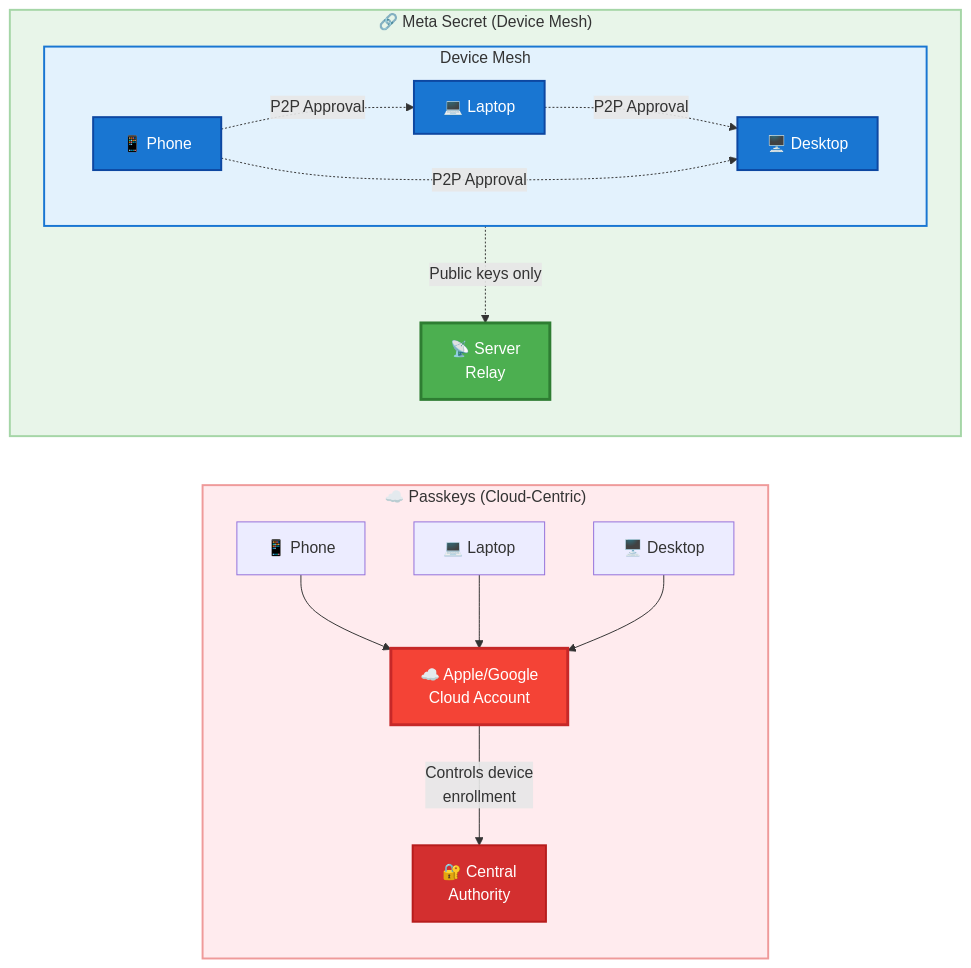
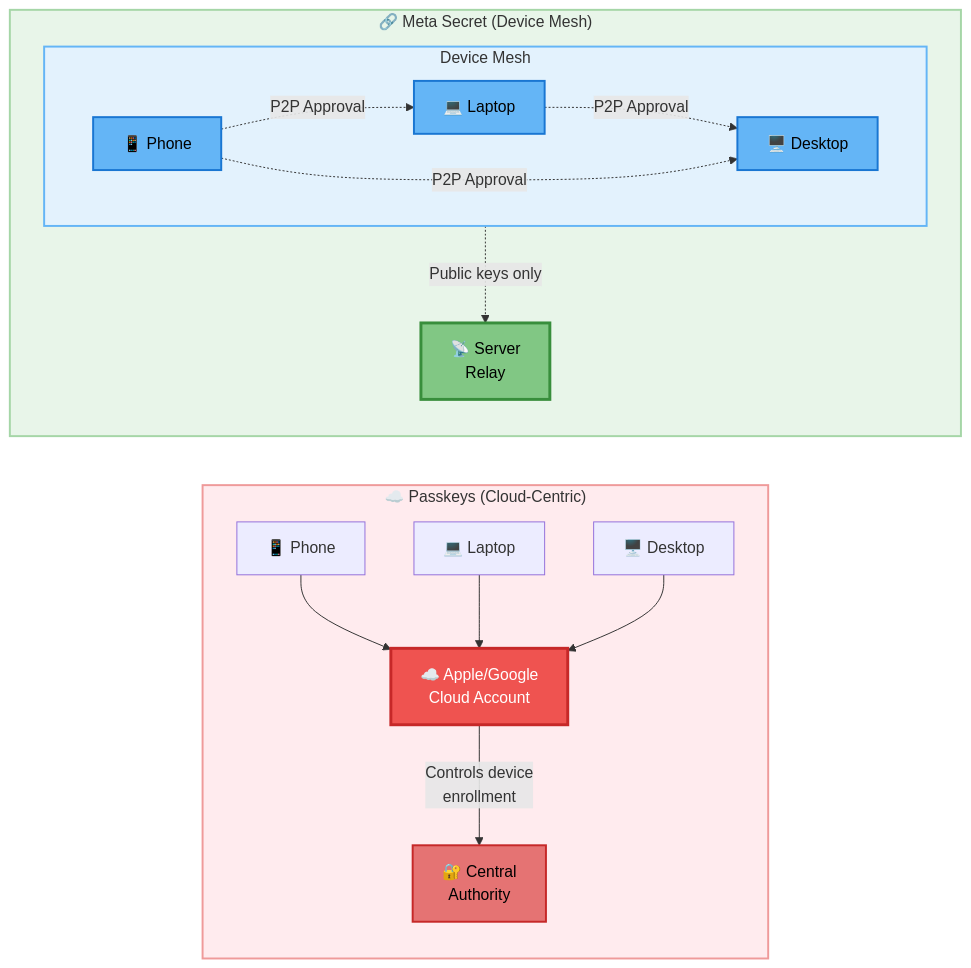
Before and after one commit to meta-secret/meta-secret-core: the third of 12 diagrams in docs/meta-secret-technical-presentation.md, drawn with Mermaid. The commit also changed other lines of this file, not shown here.

````diff
--- a/docs/meta-secret-technical-presentation.md
+++ b/docs/meta-secret-technical-presentation.md
@@ -261,38 +261,38 @@
 ```mermaid
 flowchart LR
     subgraph PASSKEY["☁️ Passkeys (Cloud-Centric)"]
         direction TB
         PA[📱 Phone] --> CLOUD[☁️ Apple/Google<br/>Cloud Account]
         PB[💻 Laptop] --> CLOUD
         PC[🖥️ Desktop] --> CLOUD
         CLOUD -->|"Controls device<br/>enrollment"| AUTH[🔐 Central<br/>Authority]
         
-        style CLOUD fill:#f44336,color:#fff,stroke:#c62828,stroke-width:3px
-        style AUTH fill:#d32f2f,color:#fff,stroke:#b71c1c,stroke-width:2px
+        style CLOUD fill:#ef5350,color:#fff,stroke:#c62828,stroke-width:3px
+        style AUTH fill:#e57373,color:#000,stroke:#c62828,stroke-width:2px
     end
     
     subgraph METASECRET["🔗 Meta Secret (Device Mesh)"]
         direction TB
         
         subgraph DEVICES["Device Mesh"]
             MA[📱 Phone]
             MB[💻 Laptop]
             MC[🖥️ Desktop]
         end
         
         MA -.->|"P2P Approval"| MB
         MB -.->|"P2P Approval"| MC
         MA -.->|"P2P Approval"| MC
         
         DEVICES -.->|"Public keys only"| RELAY[📡 Server<br/>Relay]
         
-        style RELAY fill:#4caf50,color:#fff,stroke:#2e7d32,stroke-width:3px
-        style MA fill:#1976d2,color:#fff,stroke:#0d47a1,stroke-width:2px
-        style MB fill:#1976d2,color:#fff,stroke:#0d47a1,stroke-width:2px
-        style MC fill:#1976d2,color:#fff,stroke:#0d47a1,stroke-width:2px
-        style DEVICES fill:#e3f2fd,stroke:#1976d2,stroke-width:2px
+        style RELAY fill:#81c784,color:#000,stroke:#388e3c,stroke-width:3px
+        style MA fill:#64b5f6,color:#000,stroke:#1976d2,stroke-width:2px
+        style MB fill:#64b5f6,color:#000,stroke:#1976d2,stroke-width:2px
+        style MC fill:#64b5f6,color:#000,stroke:#1976d2,stroke-width:2px
+        style DEVICES fill:#e3f2fd,stroke:#64b5f6,stroke-width:2px
     end
     
     style PASSKEY fill:#ffebee,stroke:#ef9a9a,stroke-width:2px
     style METASECRET fill:#e8f5e9,stroke:#a5d6a7,stroke-width:2px
 ```
````
